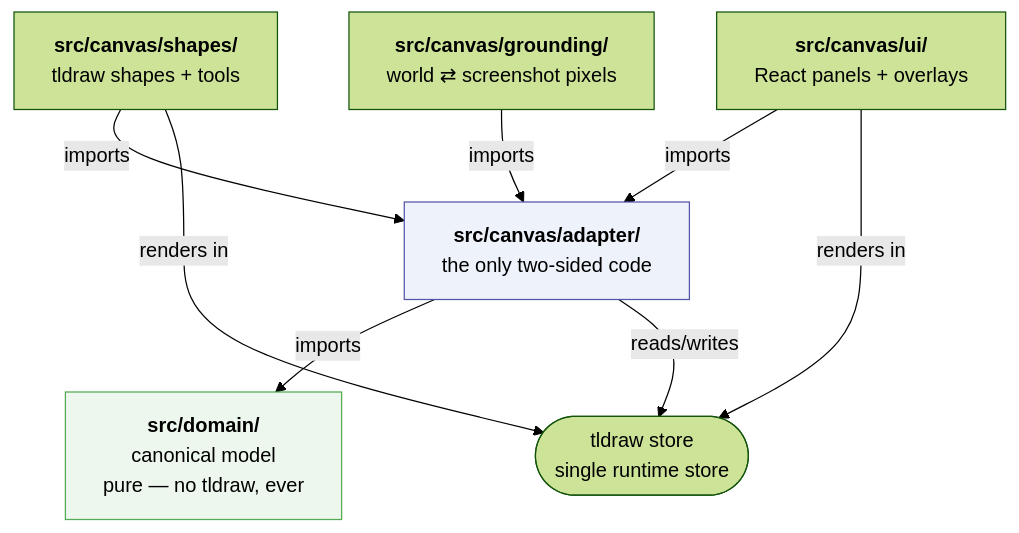
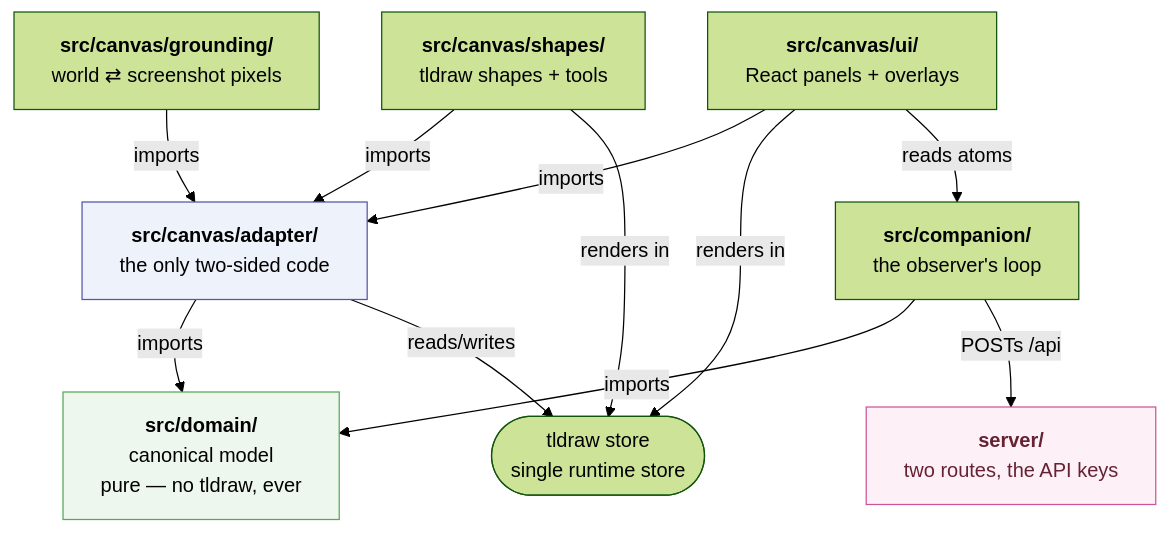
One commit to merdemkoc/llm-spatial-context changed the first of 3 diagrams in CODEMAP.md. Above: the diagram before and after it, drawn with Mermaid (forest theme). The commit also changed other lines of this file and 8 other files, not shown here.

````diff
--- a/CODEMAP.md
+++ b/CODEMAP.md
@@ -38,22 +40,29 @@
 ```mermaid
 graph TD
     domain["<b>src/domain/</b><br/>canonical model<br/>pure — no tldraw, ever"]
     adapter["<b>src/canvas/adapter/</b><br/>the only two-sided code"]
     shapes["<b>src/canvas/shapes/</b><br/>tldraw shapes + tools"]
     grounding["<b>src/canvas/grounding/</b><br/>world ⇄ screenshot pixels"]
     ui["<b>src/canvas/ui/</b><br/>React panels + overlays"]
+    companion["<b>src/companion/</b><br/>the observer's loop"]
+    server["<b>server/</b><br/>two routes, the API keys"]
     tldraw(["tldraw store<br/>single runtime store"])
 
     ui -->|imports| adapter
     shapes -->|imports| adapter
     grounding -->|imports| adapter
+    companion -->|imports| domain
+    companion -->|"POSTs /api"| server
     adapter -->|imports| domain
     adapter -->|reads/writes| tldraw
     shapes -->|renders in| tldraw
     ui -->|renders in| tldraw
+    ui -->|reads atoms| companion
 
     classDef pure fill:#eef7ee,stroke:#5a5;
     classDef bridge fill:#eef2fb,stroke:#55a;
+    classDef remote fill:#fdf1f7,stroke:#c59,color:#623;
     class domain pure;
     class adapter bridge;
+    class server remote;
 ```
````
